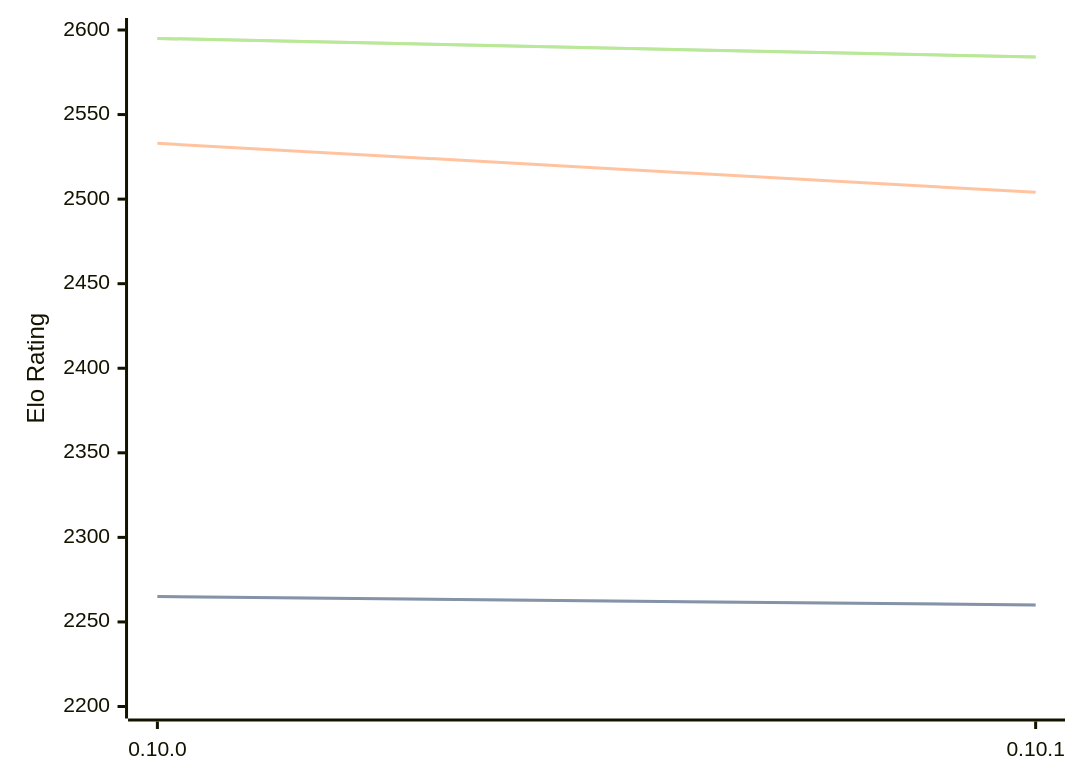
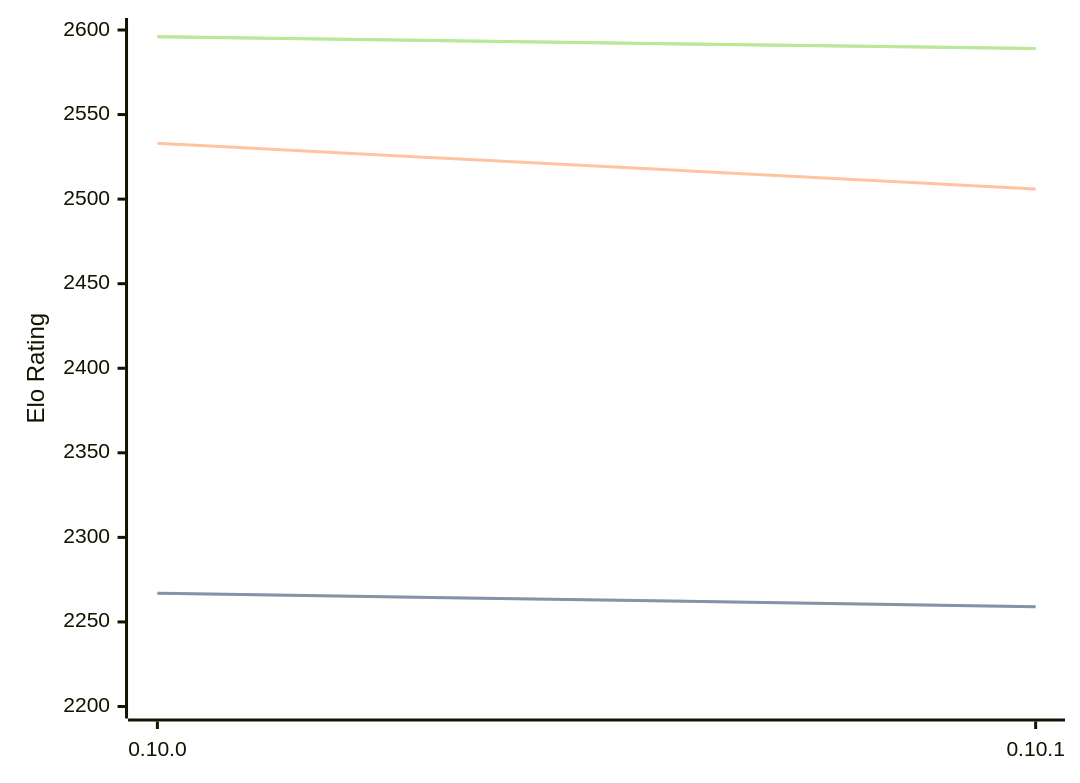
The first of 3 diagrams in engines/Fatalii.md (computer-chess-index/cci), drawn with Mermaid before and after one commit. The commit also changed other lines of this file, not shown here.

Commit message:
Update CCI Ratings (ELO VLTC) - 2026-07-08

````diff
--- a/engines/Fatalii.md
+++ b/engines/Fatalii.md
@@ -46,11 +46,11 @@
 ```mermaid
 %%{init: {"theme":"base","themeVariables":{"seriesColors:['#a3a3a3','#222221','#faa371']}}}%%
 xychart-beta
   x-axis ["0.10.0", "0.10.1"]
   y-axis "Elo Rating" 2200 --> 2600
-  line "STC (8.0+0.08s)" [2265, 2260]
-  line "STC (8.0+0.08s)" [2265, 2260]
-  line "LTC (60.0+0.60s)" [2533, 2504]
-  line "VLTC (2m24s+1.12s)" [2595, 2584]
-  line "VLTC (2m24s+1.12s)" [2595, 2584]
+  line "STC (8.0+0.08s)" [2267, 2259]
+  line "STC (8.0+0.08s)" [2267, 2259]
+  line "LTC (60.0+0.60s)" [2533, 2506]
+  line "VLTC (2m24s+1.12s)" [2596, 2589]
+  line "VLTC (2m24s+1.12s)" [2596, 2589]
 ```
````
